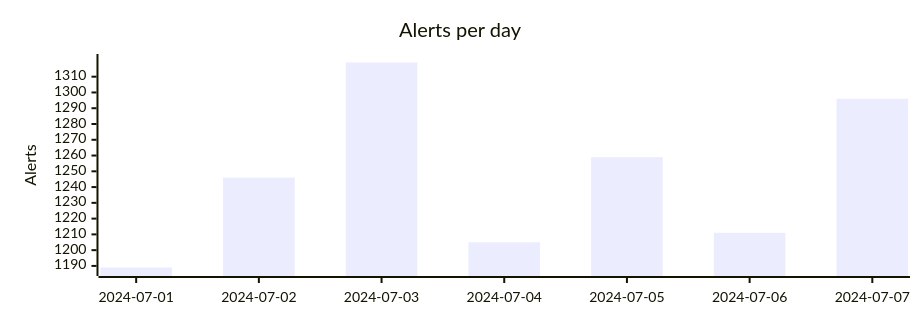
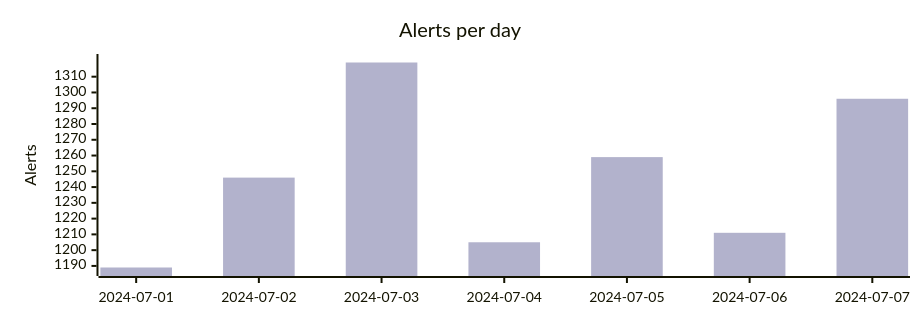
Before and after one commit to blackstork-io/fabric-templates: the first of 2 diagrams in cybersec/secops/soc-weekly-activity-overview-elastic-security.md, drawn with Mermaid. The commit also changed other lines of this file and 2 other files, not shown here.

````diff
--- a/cybersec/secops/soc-weekly-activity-overview-elastic-security.md
+++ b/cybersec/secops/soc-weekly-activity-overview-elastic-security.md
@@ -99,17 +105,21 @@
 ```mermaid
 ---
 config:
+  theme: base
+  themeVariables:
     xyChart:
-        width: 900
-        height: 300
-        xAxis:
-            labelPadding: 5 
-        yAxis:
-            titlePadding: 10
+      plotColorPalette: "#B2B2CC"
+  xyChart:
+    width: 900
+    height: 300
+    xAxis:
+      labelPadding: 5
+    yAxis:
+      titlePadding: 10
 ---
 xychart-beta
     title "Alerts per day"
     x-axis [ 2024-07-01, 2024-07-02, 2024-07-03, 2024-07-04, 2024-07-05, 2024-07-06, 2024-07-07]
     y-axis "Alerts"
     bar [1189, 1246, 1319, 1205, 1259, 1211, 1296]
 ```
````
